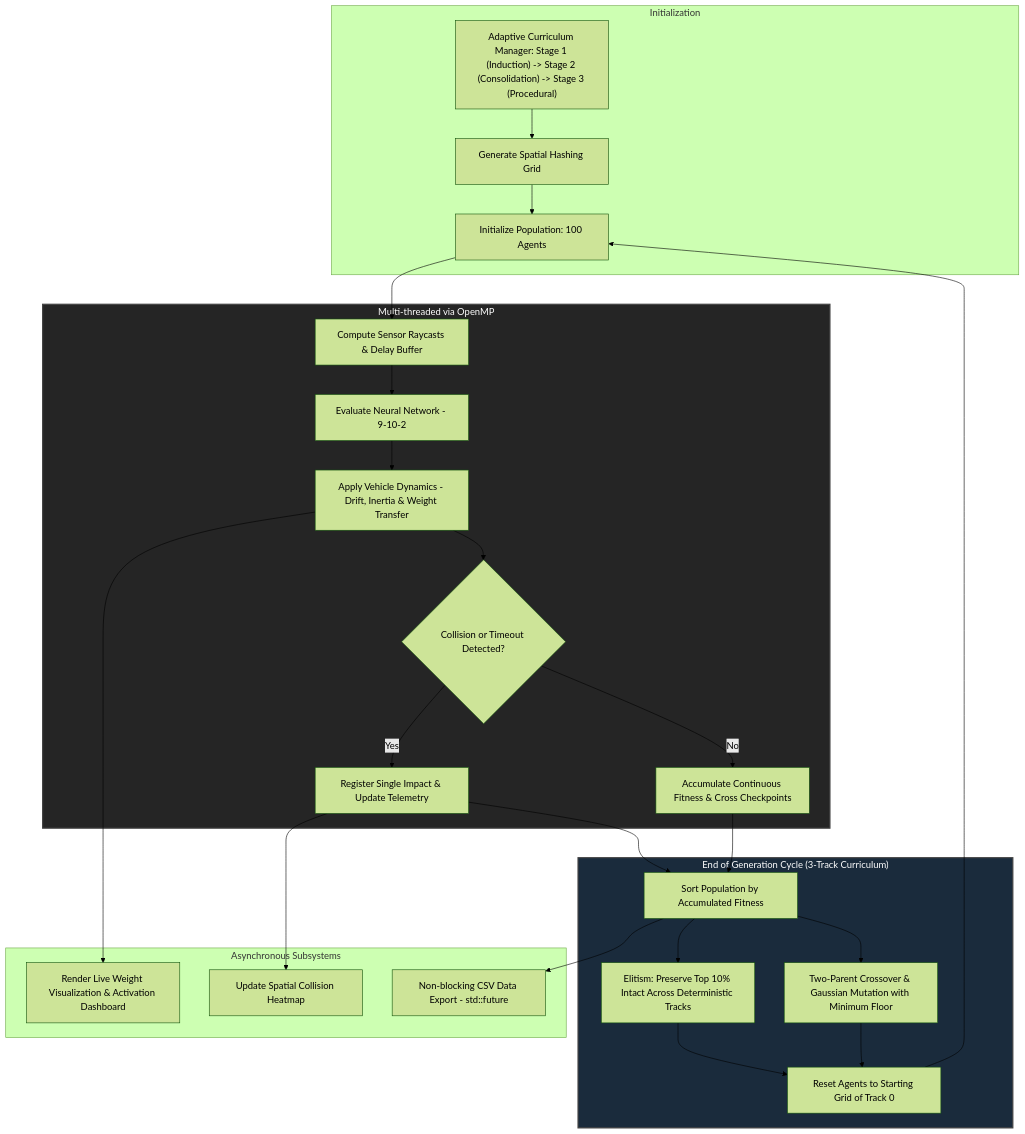
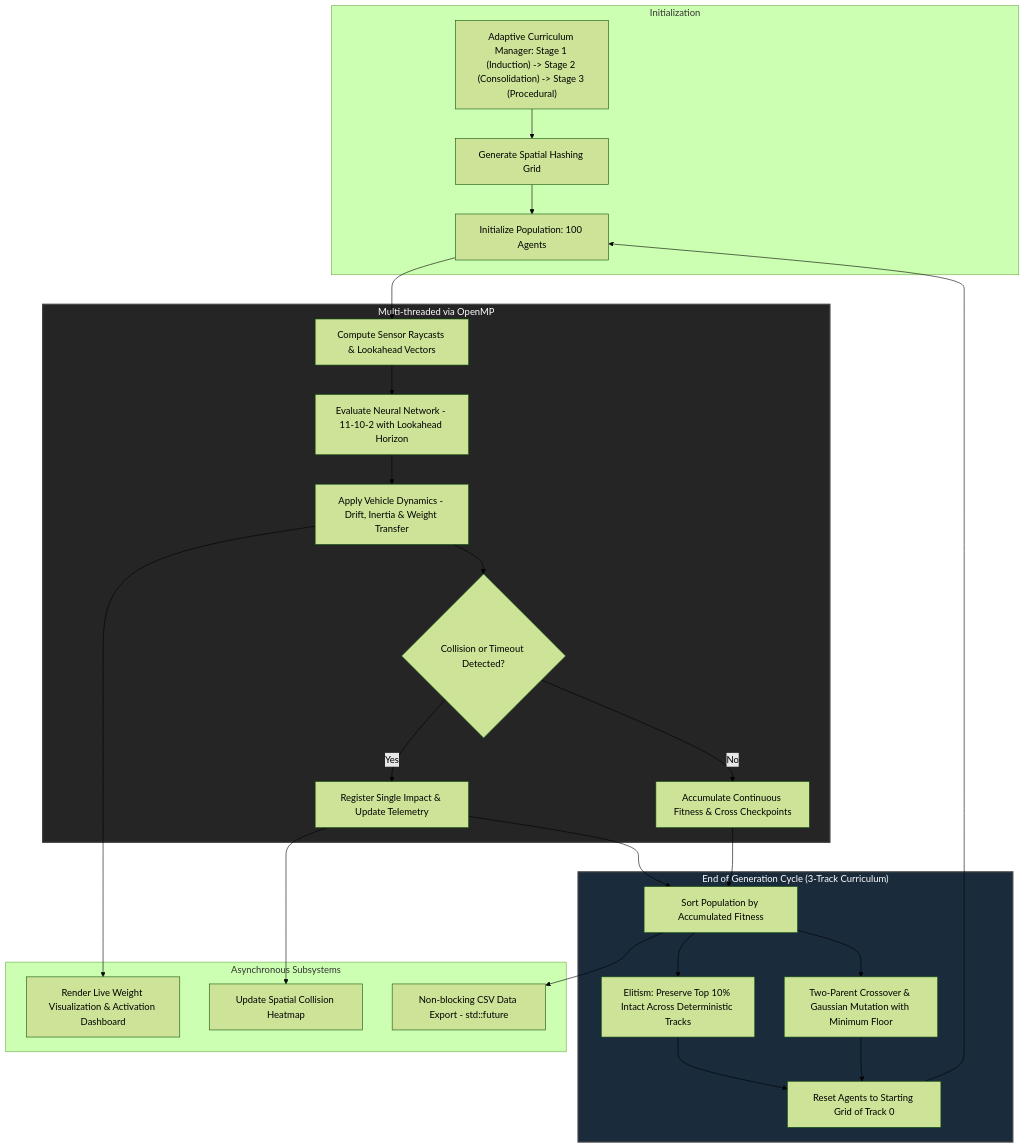
Before and after one commit to jorgebd21/NeuralRacer-CPP: the diagram in README.md, drawn with Mermaid (forest theme). The commit also changed other lines of this file and 5 other files, not shown here.

````diff
--- a/README.md
+++ b/README.md
@@ -49,33 +49,33 @@
 ```mermaid
 flowchart TD
     subgraph Initialization
         A["Adaptive Curriculum Manager: Stage 1 (Induction) -> Stage 2 (Consolidation) -> Stage 3 (Procedural)"] --> B[Generate Spatial Hashing Grid]
         B --> C[Initialize Population: 100 Agents]
     end
 
     subgraph ParallelLoop ["Multi-threaded via OpenMP"]
-        C --> D[Compute Sensor Raycasts & Delay Buffer]
-        D --> E[Evaluate Neural Network - 9-10-2]
+        C --> D[Compute Sensor Raycasts & Lookahead Vectors]
+        D --> E[Evaluate Neural Network - 11-10-2 with Lookahead Horizon]
         E --> F[Apply Vehicle Dynamics - Drift, Inertia & Weight Transfer]
         F --> G{Collision or Timeout Detected?}
         G -- Yes --> H[Register Single Impact & Update Telemetry]
         G -- No --> I[Accumulate Continuous Fitness & Cross Checkpoints]
     end
 
     subgraph EvolutionaryPipeline ["End of Generation Cycle (3-Track Curriculum)"]
         H & I --> J[Sort Population by Accumulated Fitness]
         J --> K[Elitism: Preserve Top 10% Intact Across Deterministic Tracks]
         J --> L[Two-Parent Crossover & Gaussian Mutation with Minimum Floor]
         K & L --> M[Reset Agents to Starting Grid of Track 0]
         M --> C
     end
 
     subgraph AsyncSubsystems ["Asynchronous Subsystems"]
         F --> N[Render Live Weight Visualization & Activation Dashboard]
         H --> O[Update Spatial Collision Heatmap]
         J --> P[Non-blocking CSV Data Export - std::future]
     end
 
     style ParallelLoop fill:#252525,stroke:#444,stroke-width:2px,color:#fff
     style EvolutionaryPipeline fill:#1a2b3c,stroke:#444,stroke-width:2px,color:#fff
 ```
````
